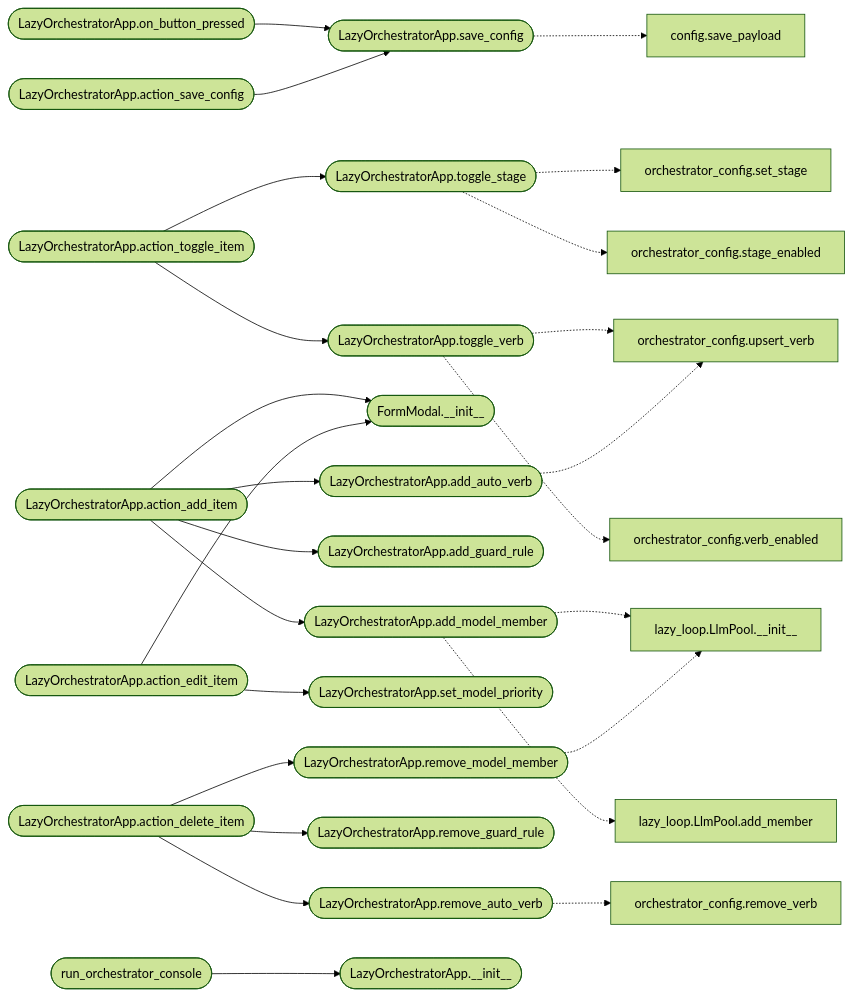
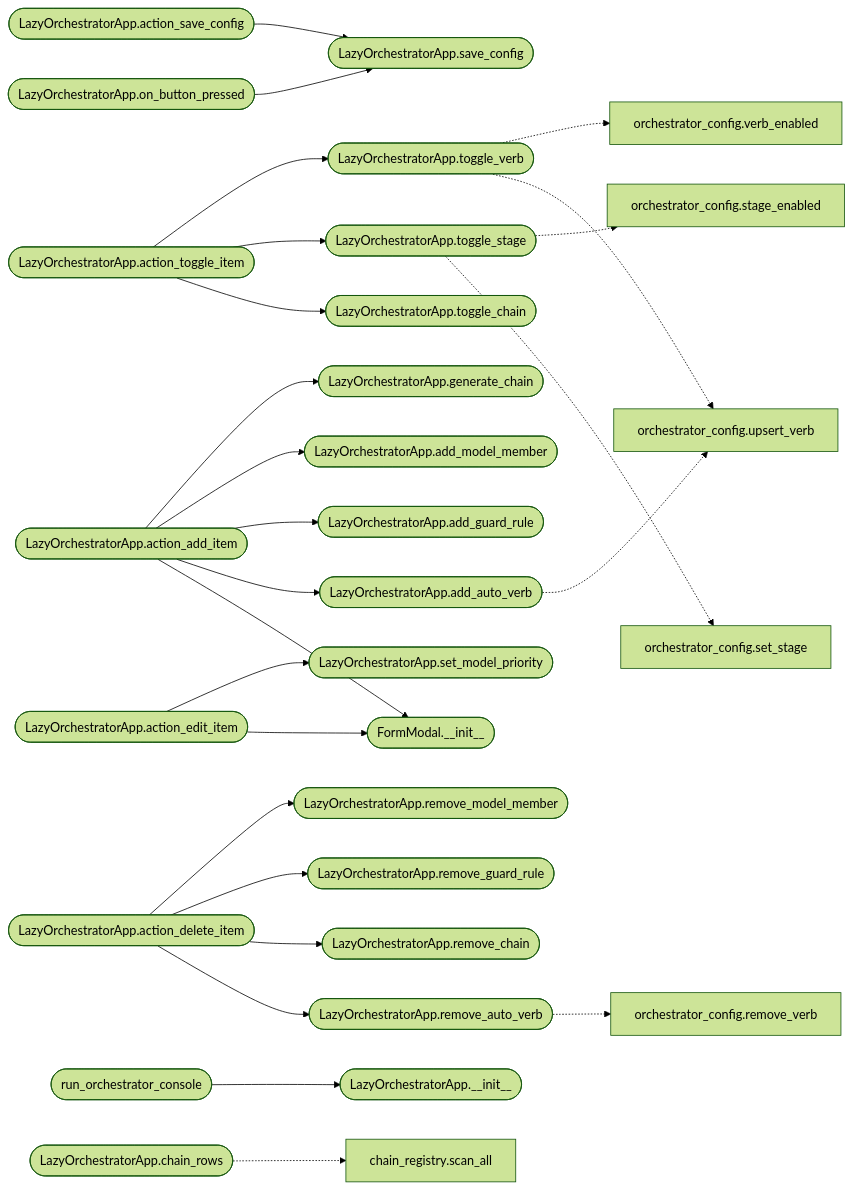
One commit to grisuno/LazyOwn changed the second of 2 diagrams in readmenator-apidocs/modules/cli.lazy_orchestrator.py.md. Above: the diagram before and after it, drawn with Mermaid (forest theme). The commit also changed other lines of this file and 472 other files, not shown here.

````diff
--- a/readmenator-apidocs/modules/cli.lazy_orchestrator.py.md
+++ b/readmenator-apidocs/modules/cli.lazy_orchestrator.py.md
@@ -66,54 +68,56 @@
 ```mermaid
 flowchart LR
     n_cli_lazy_orchestrator_py__LazyOrchestratorApp_on_button_pressed(["LazyOrchestratorApp.on_button_pressed"])
     n_cli_lazy_orchestrator_py__LazyOrchestratorApp_save_config(["LazyOrchestratorApp.save_config"])
     n_cli_lazy_orchestrator_py__LazyOrchestratorApp_action_toggle_item(["LazyOrchestratorApp.action_toggle_item"])
+    n_cli_lazy_orchestrator_py__LazyOrchestratorApp_toggle_chain(["LazyOrchestratorApp.toggle_chain"])
     n_cli_lazy_orchestrator_py__LazyOrchestratorApp_toggle_stage(["LazyOrchestratorApp.toggle_stage"])
     n_cli_lazy_orchestrator_py__LazyOrchestratorApp_toggle_verb(["LazyOrchestratorApp.toggle_verb"])
     n_cli_lazy_orchestrator_py__LazyOrchestratorApp_action_save_config(["LazyOrchestratorApp.action_save_config"])
     n_cli_lazy_orchestrator_py__LazyOrchestratorApp_action_add_item(["LazyOrchestratorApp.action_add_item"])
     n_cli_lazy_orchestrator_py__FormModal___init__(["FormModal.__init__"])
     n_cli_lazy_orchestrator_py__LazyOrchestratorApp_add_auto_verb(["LazyOrchestratorApp.add_auto_verb"])
     n_cli_lazy_orchestrator_py__LazyOrchestratorApp_add_guard_rule(["LazyOrchestratorApp.add_guard_rule"])
     n_cli_lazy_orchestrator_py__LazyOrchestratorApp_add_model_member(["LazyOrchestratorApp.add_model_member"])
+    n_cli_lazy_orchestrator_py__LazyOrchestratorApp_generate_chain(["LazyOrchestratorApp.generate_chain"])
     n_cli_lazy_orchestrator_py__LazyOrchestratorApp_action_edit_item(["LazyOrchestratorApp.action_edit_item"])
     n_cli_lazy_orchestrator_py__LazyOrchestratorApp_set_model_priority(["LazyOrchestratorApp.set_model_priority"])
     n_cli_lazy_orchestrator_py__LazyOrchestratorApp_action_delete_item(["LazyOrchestratorApp.action_delete_item"])
     n_cli_lazy_orchestrator_py__LazyOrchestratorApp_remove_auto_verb(["LazyOrchestratorApp.remove_auto_verb"])
+    n_cli_lazy_orchestrator_py__LazyOrchestratorApp_remove_chain(["LazyOrchestratorApp.remove_chain"])
     n_cli_lazy_orchestrator_py__LazyOrchestratorApp_remove_guard_rule(["LazyOrchestratorApp.remove_guard_rule"])
     n_cli_lazy_orchestrator_py__LazyOrchestratorApp_remove_model_member(["LazyOrchestratorApp.remove_model_member"])
     n_cli_lazy_orchestrator_py__run_orchestrator_console(["run_orchestrator_console"])
     n_cli_lazy_orchestrator_py__LazyOrchestratorApp___init__(["LazyOrchestratorApp.__init__"])
     n_modules_orchestrator_config_py__set_stage["orchestrator_config.set_stage"]
     n_modules_orchestrator_config_py__stage_enabled["orchestrator_config.stage_enabled"]
     n_modules_orchestrator_config_py__upsert_verb["orchestrator_config.upsert_verb"]
     n_modules_orchestrator_config_py__verb_enabled["orchestrator_config.verb_enabled"]
     n_modules_orchestrator_config_py__remove_verb["orchestrator_config.remove_verb"]
-    n_core_config_py__save_payload["config.save_payload"]
-    n_modules_lazy_loop_py__LlmPool___init__["lazy_loop.LlmPool.__init__"]
-    n_modules_lazy_loop_py__LlmPool_add_member["lazy_loop.LlmPool.add_member"]
+    n_cli_lazy_orchestrator_py__LazyOrchestratorApp_chain_rows(["LazyOrchestratorApp.chain_rows"])
+    n_modules_chain_registry_py__scan_all["chain_registry.scan_all"]
     n_cli_lazy_orchestrator_py__LazyOrchestratorApp_on_button_pressed --> n_cli_lazy_orchestrator_py__LazyOrchestratorApp_save_config
+    n_cli_lazy_orchestrator_py__LazyOrchestratorApp_action_toggle_item --> n_cli_lazy_orchestrator_py__LazyOrchestratorApp_toggle_chain
     n_cli_lazy_orchestrator_py__LazyOrchestratorApp_action_toggle_item --> n_cli_lazy_orchestrator_py__LazyOrchestratorApp_toggle_stage
     n_cli_lazy_orchestrator_py__LazyOrchestratorApp_action_toggle_item --> n_cli_lazy_orchestrator_py__LazyOrchestratorApp_toggle_verb
     n_cli_lazy_orchestrator_py__LazyOrchestratorApp_action_save_config --> n_cli_lazy_orchestrator_py__LazyOrchestratorApp_save_config
     n_cli_lazy_orchestrator_py__LazyOrchestratorApp_action_add_item --> n_cli_lazy_orchestrator_py__FormModal___init__
     n_cli_lazy_orchestrator_py__LazyOrchestratorApp_action_add_item --> n_cli_lazy_orchestrator_py__LazyOrchestratorApp_add_auto_verb
     n_cli_lazy_orchestrator_py__LazyOrchestratorApp_action_add_item --> n_cli_lazy_orchestrator_py__LazyOrchestratorApp_add_guard_rule
     n_cli_lazy_orchestrator_py__LazyOrchestratorApp_action_add_item --> n_cli_lazy_orchestrator_py__LazyOrchestratorApp_add_model_member
+    n_cli_lazy_orchestrator_py__LazyOrchestratorApp_action_add_item --> n_cli_lazy_orchestrator_py__LazyOrchestratorApp_generate_chain
     n_cli_lazy_orchestrator_py__LazyOrchestratorApp_action_edit_item --> n_cli_lazy_orchestrator_py__FormModal___init__
     n_cli_lazy_orchestrator_py__LazyOrchestratorApp_action_edit_item --> n_cli_lazy_orchestrator_py__LazyOrchestratorApp_set_model_priority
     n_cli_lazy_orchestrator_py__LazyOrchestratorApp_action_delete_item --> n_cli_lazy_orchestrator_py__LazyOrchestratorApp_remove_auto_verb
+    n_cli_lazy_orchestrator_py__LazyOrchestratorApp_action_delete_item --> n_cli_lazy_orchestrator_py__LazyOrchestratorApp_remove_chain
     n_cli_lazy_orchestrator_py__LazyOrchestratorApp_action_delete_item --> n_cli_lazy_orchestrator_py__LazyOrchestratorApp_remove_guard_rule
     n_cli_lazy_orchestrator_py__LazyOrchestratorApp_action_delete_item --> n_cli_lazy_orchestrator_py__LazyOrchestratorApp_remove_model_member
     n_cli_lazy_orchestrator_py__run_orchestrator_console --> n_cli_lazy_orchestrator_py__LazyOrchestratorApp___init__
     n_cli_lazy_orchestrator_py__LazyOrchestratorApp_toggle_stage -.-> n_modules_orchestrator_config_py__set_stage
     n_cli_lazy_orchestrator_py__LazyOrchestratorApp_toggle_stage -.-> n_modules_orchestrator_config_py__stage_enabled
     n_cli_lazy_orchestrator_py__LazyOrchestratorApp_toggle_verb -.-> n_modules_orchestrator_config_py__upsert_verb
     n_cli_lazy_orchestrator_py__LazyOrchestratorApp_toggle_verb -.-> n_modules_orchestrator_config_py__verb_enabled
     n_cli_lazy_orchestrator_py__LazyOrchestratorApp_add_auto_verb -.-> n_modules_orchestrator_config_py__upsert_verb
     n_cli_lazy_orchestrator_py__LazyOrchestratorApp_remove_auto_verb -.-> n_modules_orchestrator_config_py__remove_verb
-    n_cli_lazy_orchestrator_py__LazyOrchestratorApp_save_config -.-> n_core_config_py__save_payload
-    n_cli_lazy_orchestrator_py__LazyOrchestratorApp_add_model_member -.-> n_modules_lazy_loop_py__LlmPool___init__
-    n_cli_lazy_orchestrator_py__LazyOrchestratorApp_add_model_member -.-> n_modules_lazy_loop_py__LlmPool_add_member
-    n_cli_lazy_orchestrator_py__LazyOrchestratorApp_remove_model_member -.-> n_modules_lazy_loop_py__LlmPool___init__
+    n_cli_lazy_orchestrator_py__LazyOrchestratorApp_chain_rows -.-> n_modules_chain_registry_py__scan_all
 ```
````
